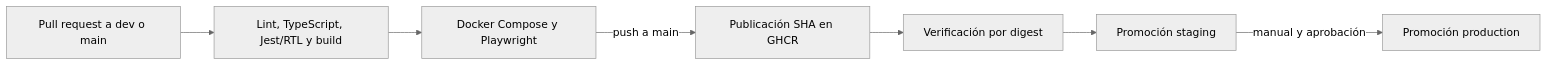
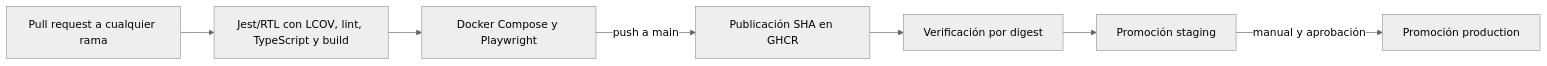
One commit to FMAT-Restaurant/Menu-Frontend changed the diagram in ci-cd/pipeline-design.md. Above: the diagram before and after it, drawn with Mermaid (neutral theme). The commit also changed other lines of this file and 5 other files, not shown here.

````diff
--- a/ci-cd/pipeline-design.md
+++ b/ci-cd/pipeline-design.md
@@ -9,9 +9,9 @@
 ```mermaid
 flowchart LR
-  PR[Pull request a dev o main] --> Q[Lint, TypeScript, Jest/RTL y build]
+  PR[Pull request a cualquier rama] --> Q[Jest/RTL con LCOV, lint, TypeScript y build]
   Q --> E[Docker Compose y Playwright]
   E -->|push a main| G[Publicación SHA en GHCR]
   G --> V[Verificación por digest]
   V --> S[Promoción staging]
   S -->|manual y aprobación| P[Promoción production]
 ```
````
